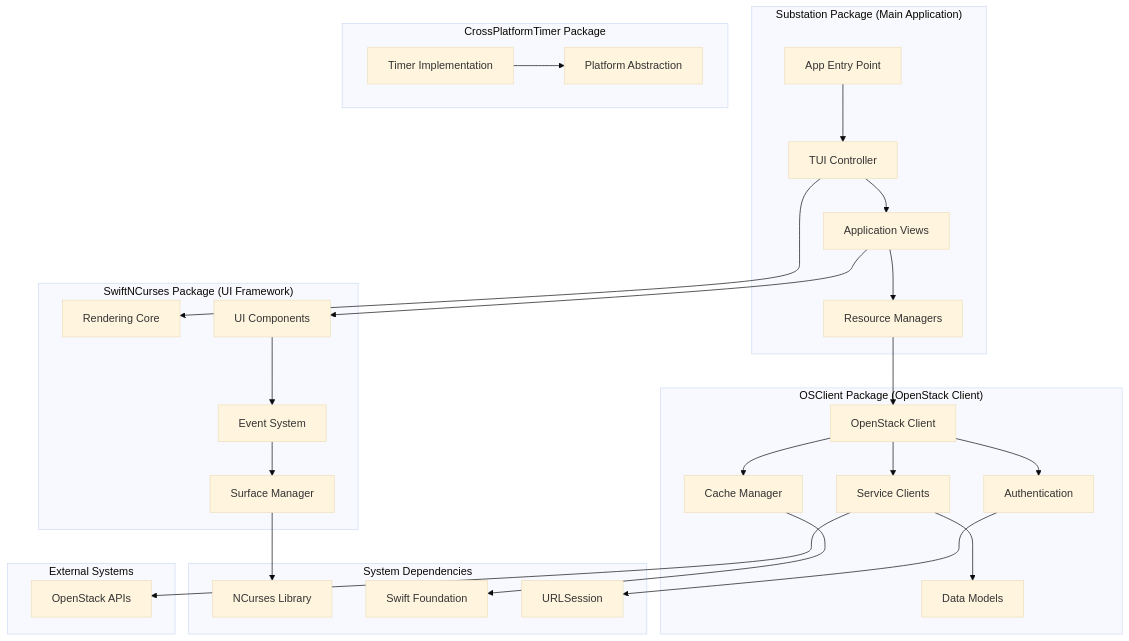
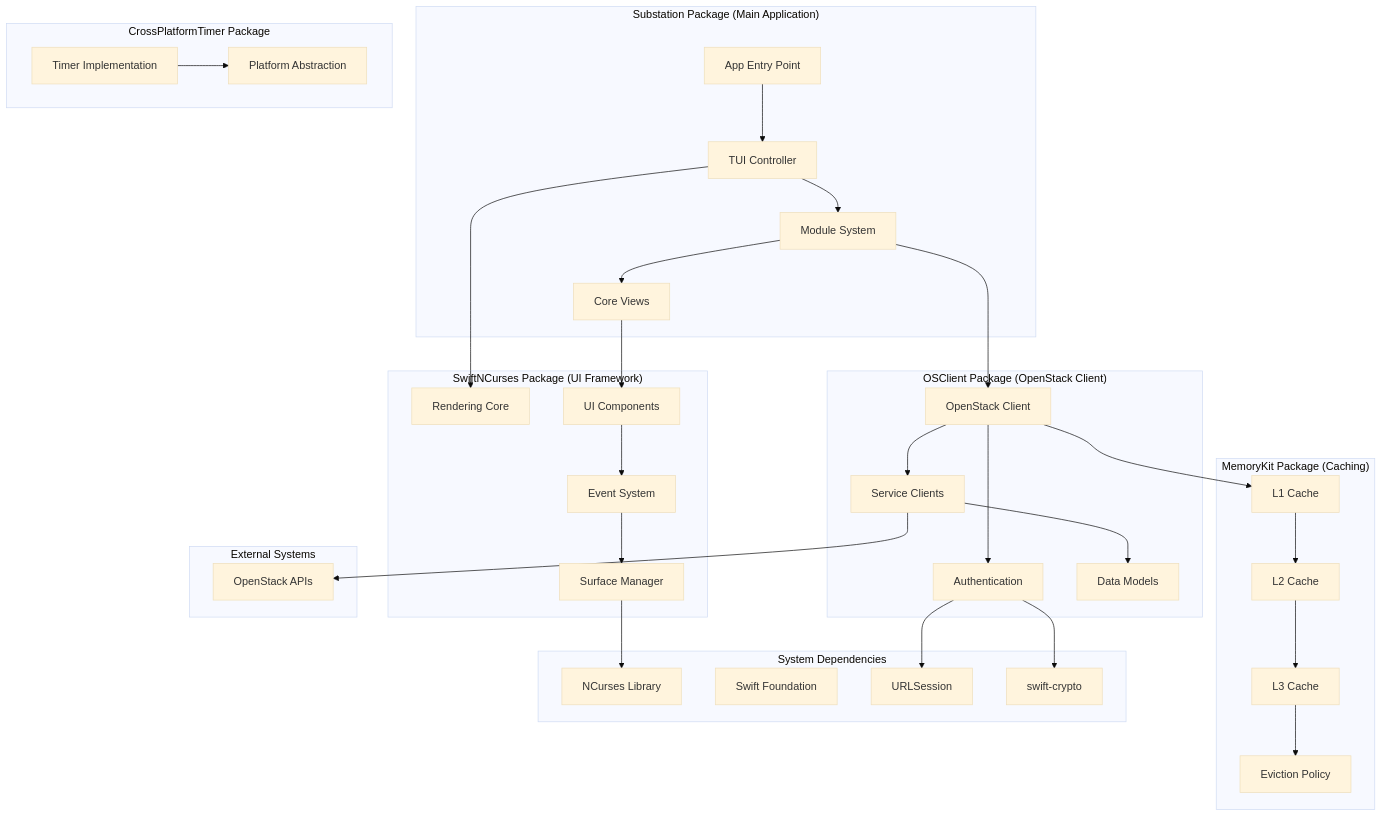
One commit to bluejayA/substation changed the fourth of 8 diagrams in docs/architecture/overview.md. Above: the diagram before and after it, drawn with Mermaid (base theme). The commit also changed other lines of this file and 51 other files, not shown here.

````diff
--- a/docs/architecture/overview.md
+++ b/docs/architecture/overview.md
@@ -135,62 +312,72 @@
 ```mermaid
 graph TB
     subgraph "Substation Package (Main Application)"
         TUI[TUI Controller]
-        Views[Application Views]
-        Managers[Resource Managers]
+        Modules[Module System]
+        Views[Core Views]
         App[App Entry Point]
     end
 
     subgraph "SwiftNCurses Package (UI Framework)"
         Core[Rendering Core]
         Components[UI Components]
         Events[Event System]
         Surface[Surface Manager]
     end
 
     subgraph "OSClient Package (OpenStack Client)"
         Client[OpenStack Client]
         Services[Service Clients]
         Auth[Authentication]
-        Cache[Cache Manager]
         Models[Data Models]
+    end
+
+    subgraph "MemoryKit Package (Caching)"
+        L1[L1 Cache]
+        L2[L2 Cache]
+        L3[L3 Cache]
+        Eviction[Eviction Policy]
     end
 
     subgraph "CrossPlatformTimer Package"
         Timer[Timer Implementation]
         Platform[Platform Abstraction]
     end
 
     subgraph "System Dependencies"
         NCurses[NCurses Library]
         Foundation[Swift Foundation]
         URLSession[URLSession]
+        SwiftCrypto[swift-crypto]
     end
 
     subgraph "External Systems"
         OpenStack[OpenStack APIs]
     end
 
     App --> TUI
-    TUI --> Views
-    Views --> Managers
+    TUI --> Modules
+    Modules --> Views
 
     TUI --> Core
     Views --> Components
     Components --> Events
     Events --> Surface
 
-    Managers --> Client
+    Modules --> Client
     Client --> Services
     Client --> Auth
-    Client --> Cache
+    Services --> Models
 
-    Services --> Models
+    Client --> L1
+    L1 --> L2
+    L2 --> L3
+    L3 --> Eviction
+
     Auth --> URLSession
-    Cache --> Foundation
+    Auth --> SwiftCrypto
+    Surface --> NCurses
 
     Timer --> Platform
-    Surface --> NCurses
-
     Services --> OpenStack
 ```
````
